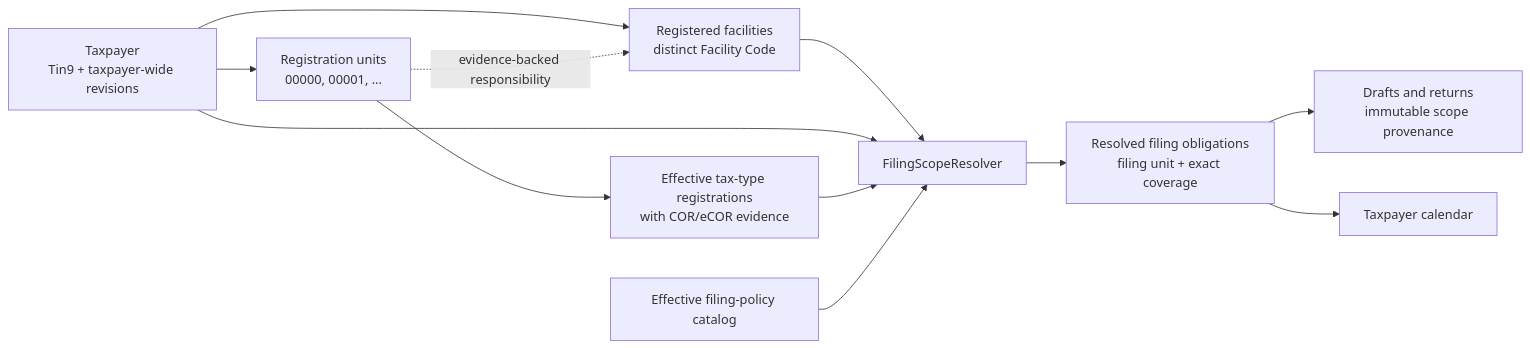
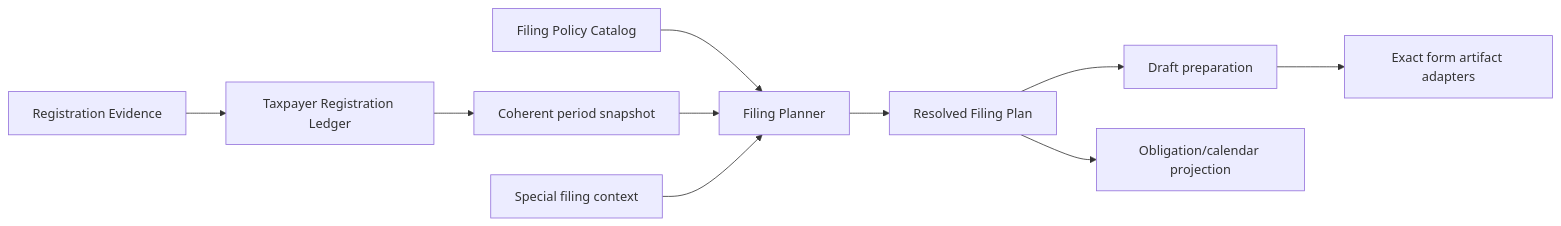
Before and after one commit to hexuria/buwiz-forms: the first of 2 diagrams in docs/tax-profile/TIN_BRANCH_IMPLEMENTATION_PLAN_2026-08-07.md, drawn with Mermaid. The commit also changed other lines of this file and 1 other file, not shown here.

Commit message:
docs: revise TIN branch implementation plan

````diff
--- a/docs/tax-profile/TIN_BRANCH_IMPLEMENTATION_PLAN_2026-08-07.md
+++ b/docs/tax-profile/TIN_BRANCH_IMPLEMENTATION_PLAN_2026-08-07.md
@@ -104,24 +178,12 @@
 ```mermaid
 flowchart LR
-    T["Taxpayer<br/>Tin9 + taxpayer-wide revisions"]
-    U["Registration units<br/>00000, 00001, ..."]
-    F["Registered facilities<br/>distinct Facility Code"]
-    R["Effective tax-type registrations<br/>with COR/eCOR evidence"]
-    P["Effective filing-policy catalog"]
-    S["FilingScopeResolver"]
-    O["Resolved filing obligations<br/>filing unit + exact coverage"]
-    D["Drafts and returns<br/>immutable scope provenance"]
-    C["Taxpayer calendar"]
-
-    T --> U
-    T --> F
-    U -. evidence-backed responsibility .-> F
-    U --> R
-    F --> S
-    T --> S
-    R --> S
-    P --> S
-    S --> O
-    O --> D
-    O --> C
+    E["Registration Evidence"] --> L["Taxpayer Registration Ledger"]
+    L --> S["Coherent period snapshot"]
+    P["Filing Policy Catalog"] --> F["Filing Planner"]
+    S --> F
+    X["Special filing context"] --> F
+    F --> O["Resolved Filing Plan"]
+    O --> D["Draft preparation"]
+    O --> C["Obligation/calendar projection"]
+    D --> A["Exact form artifact adapters"]
 ```
````
